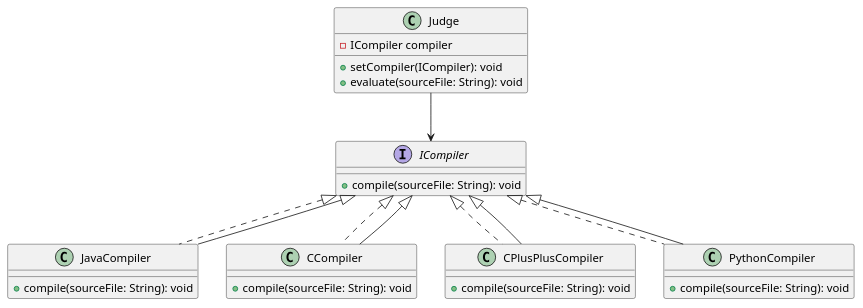
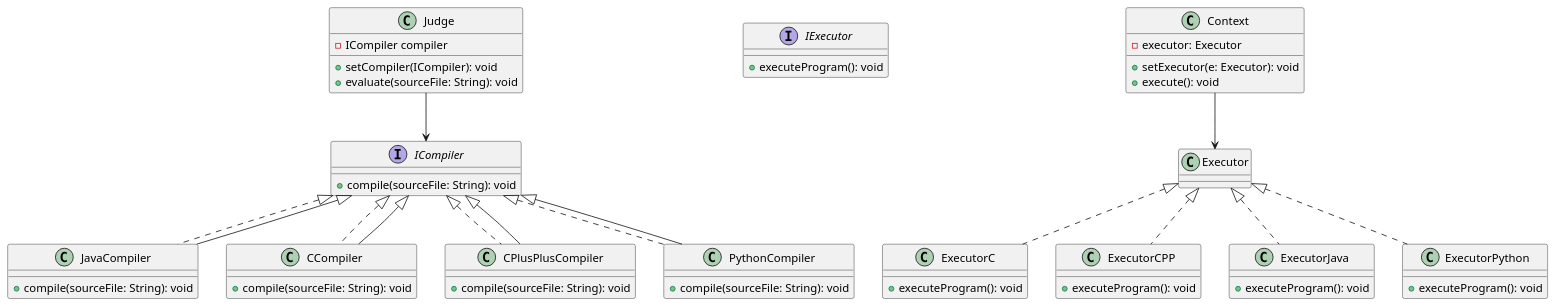
Before and after one commit to quentinltg/lens-judge: the diagram in README.md, drawn with PlantUML.

Commit message:
Ajout du patron du Executor

````diff
--- a/README.md
+++ b/README.md
@@ -35,38 +35,71 @@
 ```plantuml
 @startuml
 
 ' Compiler Interface
 interface ICompiler {
     + compile(sourceFile: String): void
 }
 
 ' Specific implementations for each language
 class JavaCompiler implements ICompiler {
     + compile(sourceFile: String): void
 }
 class CCompiler implements ICompiler {
     + compile(sourceFile: String): void
 }
 class CPlusPlusCompiler implements ICompiler {
     + compile(sourceFile: String): void
 }
 class PythonCompiler implements ICompiler {
     + compile(sourceFile: String): void
 }
 
 ' Judge uses a compiler
 class Judge {
     - ICompiler compiler
     + setCompiler(ICompiler): void
     + evaluate(sourceFile: String): void
 }
 
+interface IExecutor {
++ executeProgram(): void
+  }
+
+class ExecutorC {
++ executeProgram(): void
+  }
+
+class ExecutorCPP {
++ executeProgram(): void
+  }
+
+class ExecutorJava {
++ executeProgram(): void
+  }
+
+class ExecutorPython {
++ executeProgram(): void
+  }
+
+class Context {
+- executor: Executor
++ setExecutor(e: Executor): void
++ execute(): void
+  }
+
 ' Relationships
 JavaCompiler --|> ICompiler
 CCompiler --|> ICompiler
 CPlusPlusCompiler --|> ICompiler
 PythonCompiler --|> ICompiler
 Judge --> ICompiler
+
+Context --> Executor
+Executor <|.. ExecutorC
+Executor <|.. ExecutorCPP
+Executor <|.. ExecutorJava
+Executor <|.. ExecutorPython
+
 @enduml
 
 ```
````
